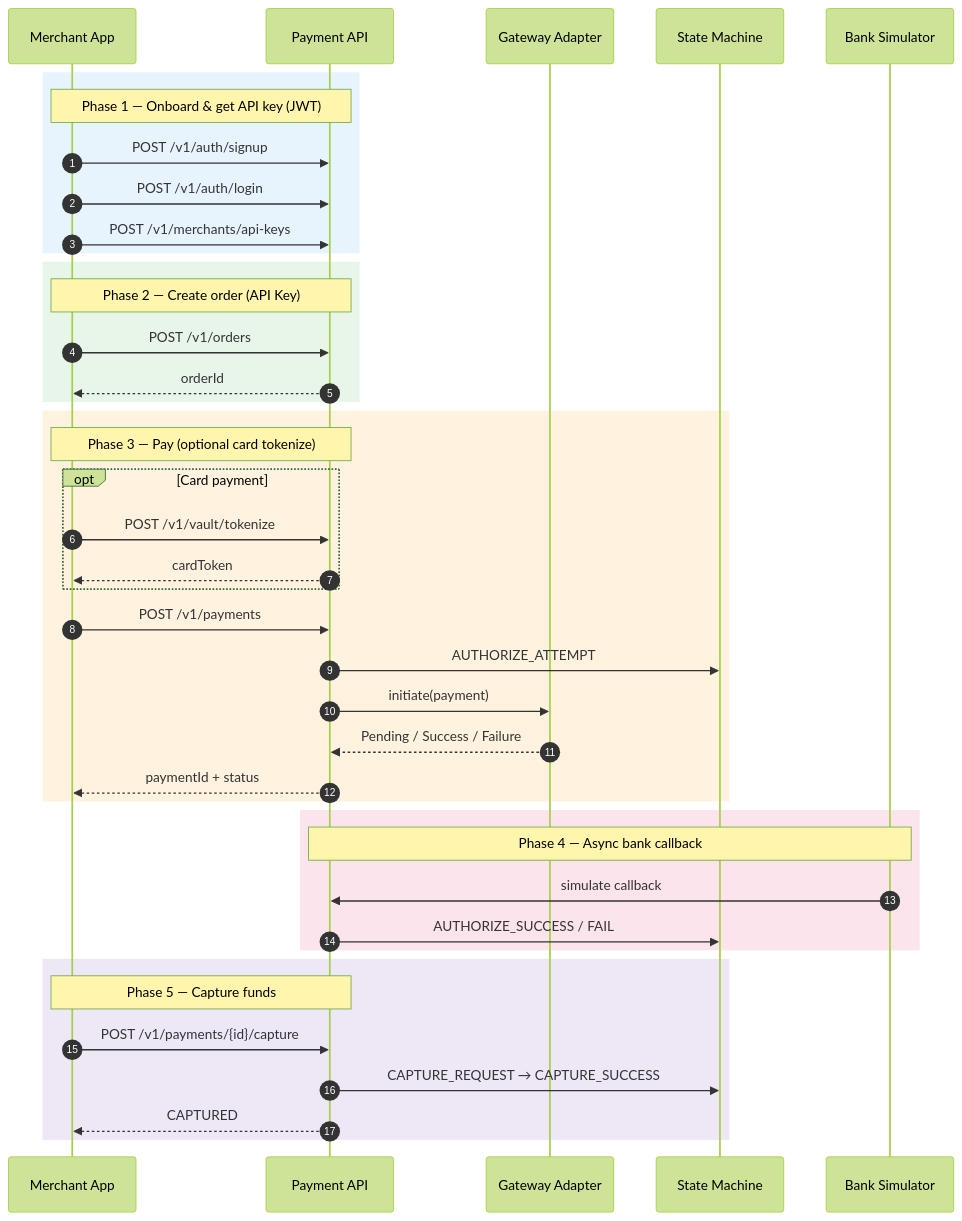
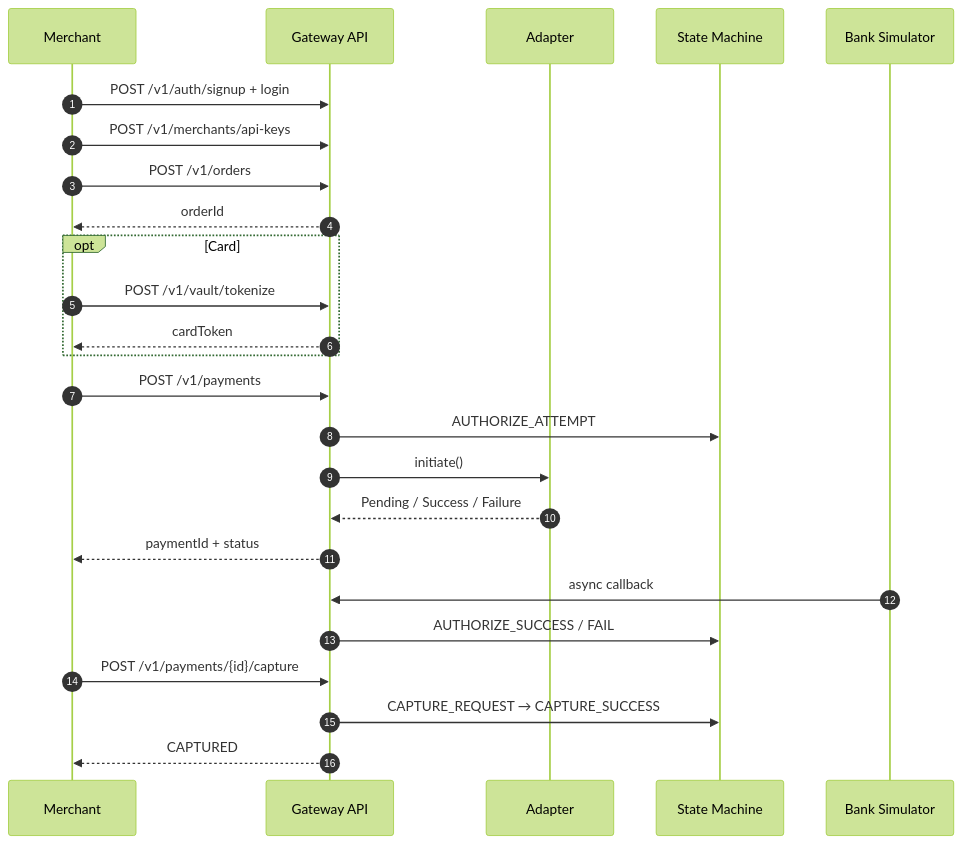
The second of 3 diagrams in README.md (akankshapatil2611/razorpay), drawn with Mermaid (forest theme) before and after one commit. The commit also changed other lines of this file, not shown here.

````diff
--- a/README.md
+++ b/README.md
@@ -130,48 +266,32 @@
 ```mermaid
 sequenceDiagram
     autonumber
-    participant M as Merchant App
-    participant API as Payment API
-    participant GW as Gateway Adapter
+    participant M as Merchant
+    participant API as Gateway API
+    participant GW as Adapter
     participant SM as State Machine
     participant Bank as Bank Simulator
 
-    rect rgb(232, 244, 253)
-        Note over M,API: Phase 1 — Onboard & get API key (JWT)
-        M->>API: POST /v1/auth/signup
-        M->>API: POST /v1/auth/login
-        M->>API: POST /v1/merchants/api-keys
+    M->>API: POST /v1/auth/signup + login
+    M->>API: POST /v1/merchants/api-keys
+    M->>API: POST /v1/orders
+    API-->>M: orderId
+
+    opt Card
+        M->>API: POST /v1/vault/tokenize
+        API-->>M: cardToken
     end
 
-    rect rgb(232, 245, 233)
-        Note over M,API: Phase 2 — Create order (API Key)
-        M->>API: POST /v1/orders
-        API-->>M: orderId
-    end
+    M->>API: POST /v1/payments
+    API->>SM: AUTHORIZE_ATTEMPT
+    API->>GW: initiate()
+    GW-->>API: Pending / Success / Failure
+    API-->>M: paymentId + status
 
-    rect rgb(255, 243, 224)
-        Note over M,API: Phase 3 — Pay (optional card tokenize)
-        opt Card payment
-            M->>API: POST /v1/vault/tokenize
-            API-->>M: cardToken
-        end
-        M->>API: POST /v1/payments
-        API->>SM: AUTHORIZE_ATTEMPT
-        API->>GW: initiate(payment)
-        GW-->>API: Pending / Success / Failure
-        API-->>M: paymentId + status
-    end
+    Bank->>API: async callback
+    API->>SM: AUTHORIZE_SUCCESS / FAIL
 
-    rect rgb(252, 228, 236)
-        Note over Bank,API: Phase 4 — Async bank callback
-        Bank->>API: simulate callback
-        API->>SM: AUTHORIZE_SUCCESS / FAIL
-    end
-
-    rect rgb(237, 231, 246)
-        Note over M,API: Phase 5 — Capture funds
-        M->>API: POST /v1/payments/{id}/capture
-        API->>SM: CAPTURE_REQUEST → CAPTURE_SUCCESS
-        API-->>M: CAPTURED
-    end
+    M->>API: POST /v1/payments/{id}/capture
+    API->>SM: CAPTURE_REQUEST → CAPTURE_SUCCESS
+    API-->>M: CAPTURED
 ```
````
